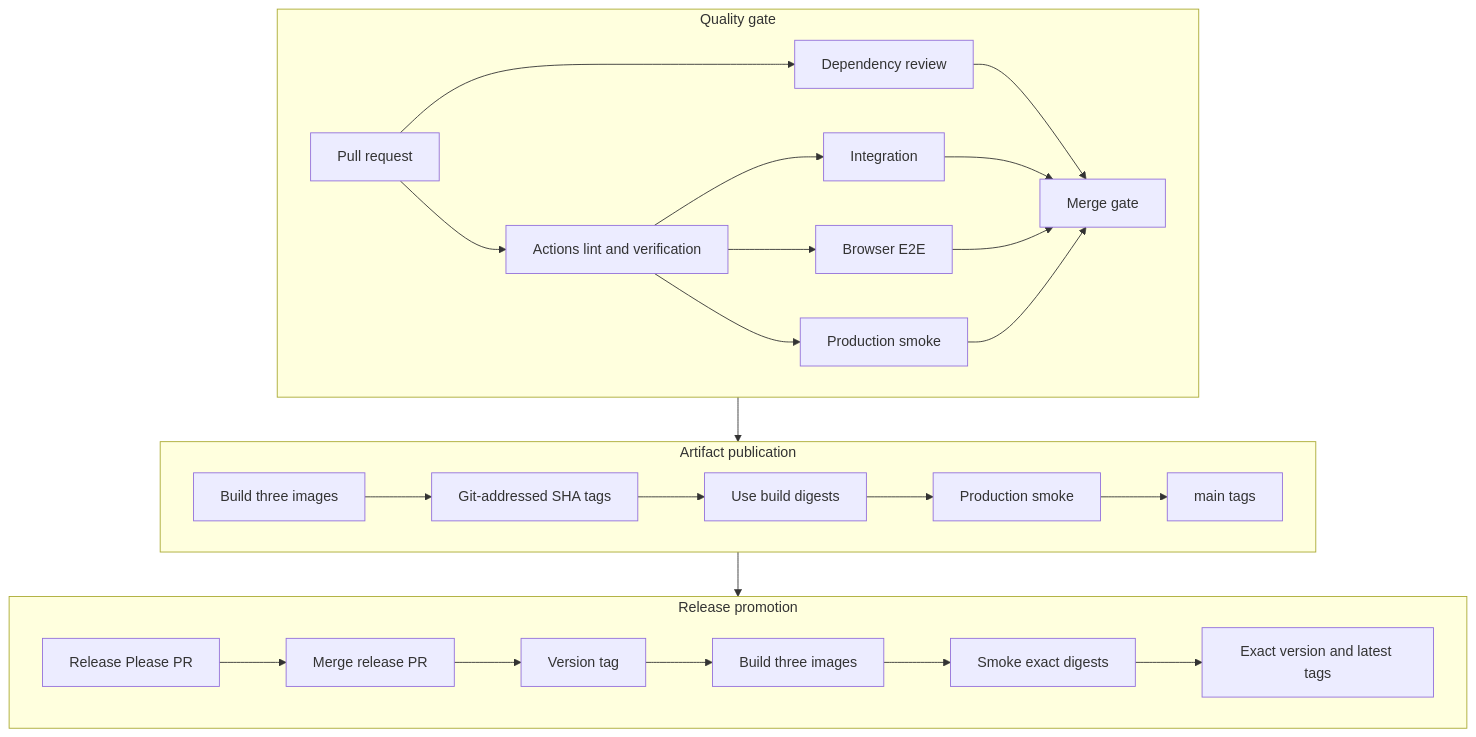
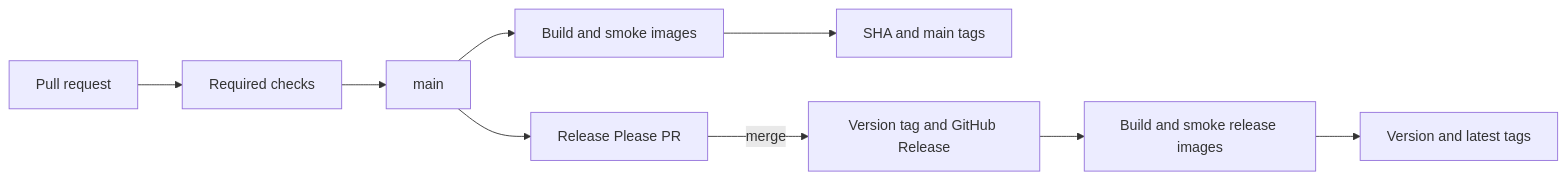
One commit to jakobzagar/Fit-Track changed the diagram in docs/release-process.md. Above: the diagram before and after it, drawn with Mermaid. The commit also changed other lines of this file and 6 other files, not shown here.

Commit message:
docs: simplify release and dependency guidance

````diff
--- a/docs/release-process.md
+++ b/docs/release-process.md
@@ -13,35 +7,11 @@
 ```mermaid
-flowchart TB
-    subgraph Quality[Quality gate]
-        direction LR
-        PR[Pull request] --> Checks[Actions lint and verification]
-        PR --> DependencyReview[Dependency review]
-        Checks --> Integration[Integration]
-        Checks --> BrowserE2E[Browser E2E]
-        Checks --> SourceSmoke[Production smoke]
-        DependencyReview --> Gate
-        Integration --> Gate[Merge gate]
-        BrowserE2E --> Gate
-        SourceSmoke --> Gate
-    end
-
-    subgraph Artifacts[Artifact publication]
-        direction LR
-        Build[Build three images] --> Sha[Git-addressed SHA tags]
-        Sha --> Digest[Use build digests]
-        Digest --> Smoke[Production smoke]
-        Smoke --> Main[main tags]
-    end
-
-    subgraph Release[Release promotion]
-        direction LR
-        ReleasePR[Release Please PR] --> Merge[Merge release PR]
-        Merge --> Tag[Version tag]
-        Tag --> ReleaseBuild[Build three images]
-        ReleaseBuild --> ReleaseSmoke[Smoke exact digests]
-        ReleaseSmoke --> ReleaseTags[Exact version and latest tags]
-    end
-
-    Gate --> Build
-    Main --> ReleasePR
+flowchart LR
+    Change[Pull request] --> Checks[Required checks]
+    Checks --> Main[main]
+    Main --> RP[Release Please PR]
+    Main --> Images[Build and smoke images]
+    Images --> MainTags[SHA and main tags]
+    RP -->|merge| Release[Version tag and GitHub Release]
+    Release --> ReleaseImages[Build and smoke release images]
+    ReleaseImages --> VersionTags[Version and latest tags]
 ```
````
